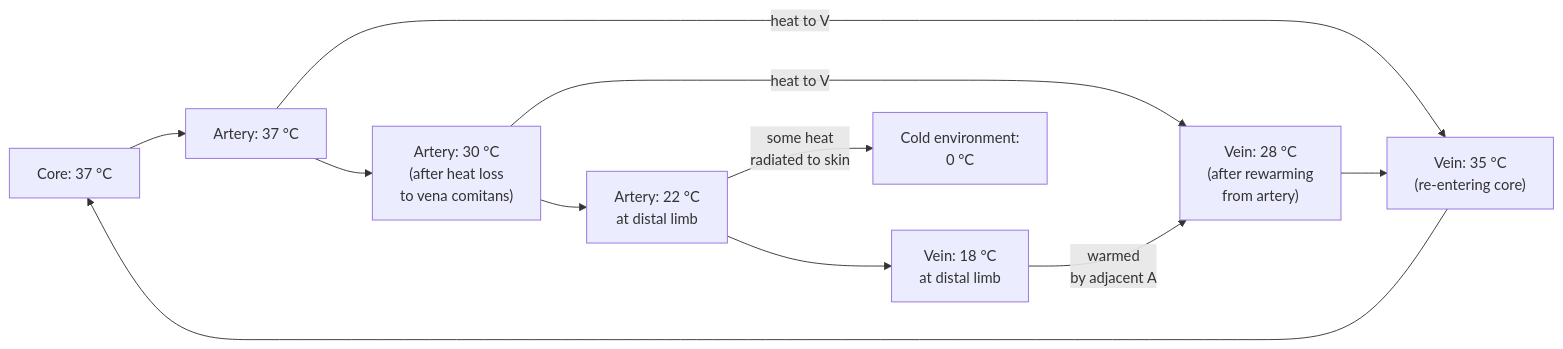
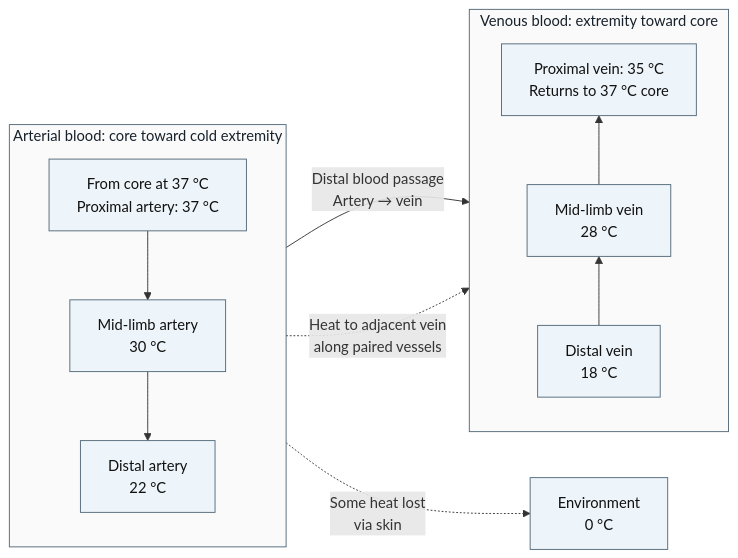
Before and after one commit to docxology/biology_textbook: the fifth of 5 diagrams in docs/manuscript/unit_IX/circulation_respiration_homeostasis.md, drawn with Mermaid. The commit also changed other lines of this file and 41 other files, not shown here.

````diff
--- a/docs/manuscript/unit_IX/circulation_respiration_homeostasis.md
+++ b/docs/manuscript/unit_IX/circulation_respiration_homeostasis.md
@@ -746,22 +758,24 @@
 ```mermaid
+---
+config:
+  layout: dagre
+---
 flowchart LR
-    Core["Core: 37 °C"]
-    A1["Artery: 37 °C"]
-    A2["Artery: 30 °C<br/>(after heat loss<br/>to vena comitans)"]
-    A3["Artery: 22 °C<br/>at distal limb"]
-    V3["Vein: 18 °C<br/>at distal limb"]
-    V2["Vein: 28 °C<br/>(after rewarming<br/>from artery)"]
-    V1["Vein: 35 °C<br/>(re-entering core)"]
-    Skin["Cold environment:<br/>0 °C"]
-
-    Core --> A1
-    A1 -->|"heat to V"| V1
-    A1 --> A2
-    A2 -->|"heat to V"| V2
-    A2 --> A3
-    A3 -->|"some heat<br/>radiated to skin"| Skin
-    A3 --> V3
-    V3 -->|"warmed<br/>by adjacent A"| V2
-    V2 --> V1
-    V1 --> Core
+    subgraph Outbound["Arterial blood: core toward cold extremity"]
+        direction TB
+        A1["From core at 37 °C<br/>Proximal artery: 37 °C"] --> A2["Mid-limb artery<br/>30 °C"]
+        A2 --> A3["Distal artery<br/>22 °C"]
+    end
+    subgraph Inbound["Venous blood: extremity toward core"]
+        direction BT
+        V3["Distal vein<br/>18 °C"] --> V2["Mid-limb vein<br/>28 °C"]
+        V2 --> V1["Proximal vein: 35 °C<br/>Returns to 37 °C core"]
+    end
+    Outbound -->|"Distal blood passage<br/>Artery → vein"| Inbound
+    Outbound -.->|"Heat to adjacent vein<br/>along paired vessels"| Inbound
+    Outbound -.->|"Some heat lost<br/>via skin"| Skin["Environment<br/>0 °C"]
+    classDef readable fill:#eef5fa,stroke:#526777,color:#111111
+    class A1,A2,A3,V1,V2,V3,Skin readable
+    style Outbound fill:#fafafa,stroke:#526777,color:#17212b
+    style Inbound fill:#fafafa,stroke:#526777,color:#17212b
 ```
````
